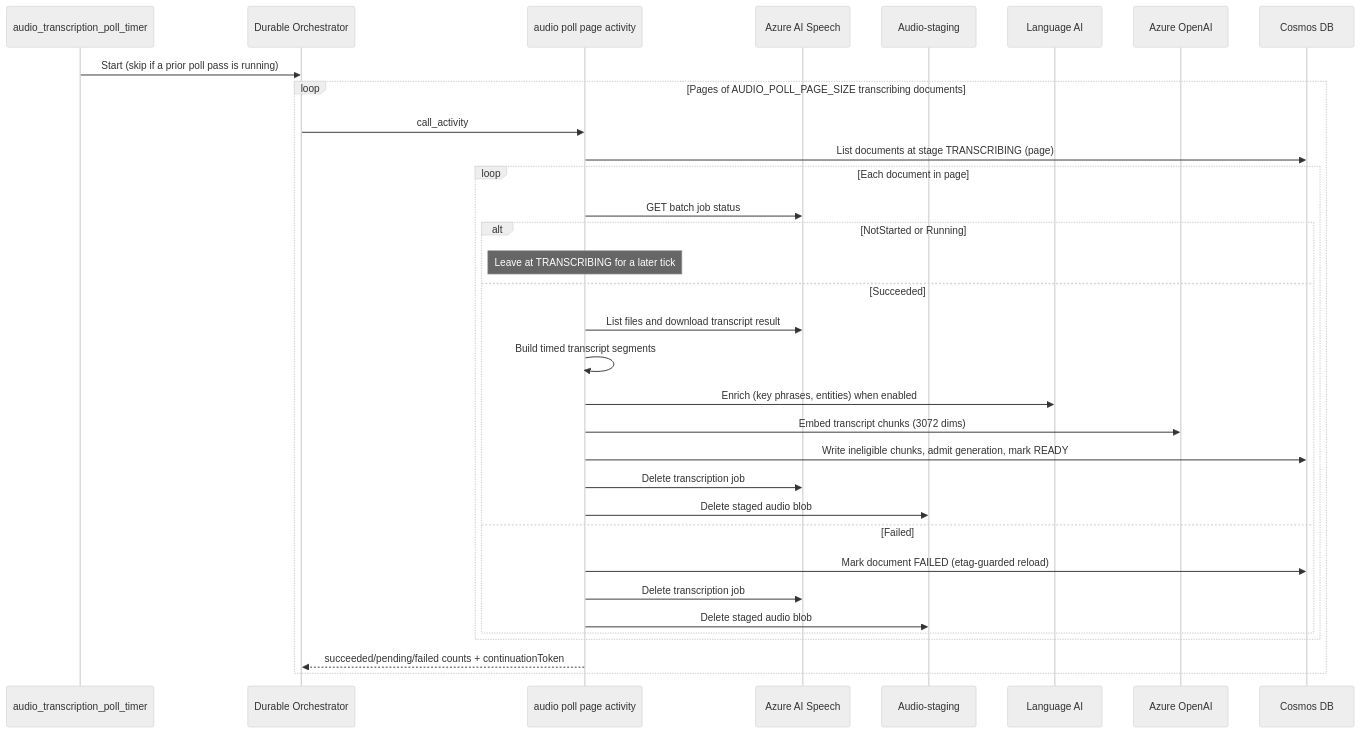
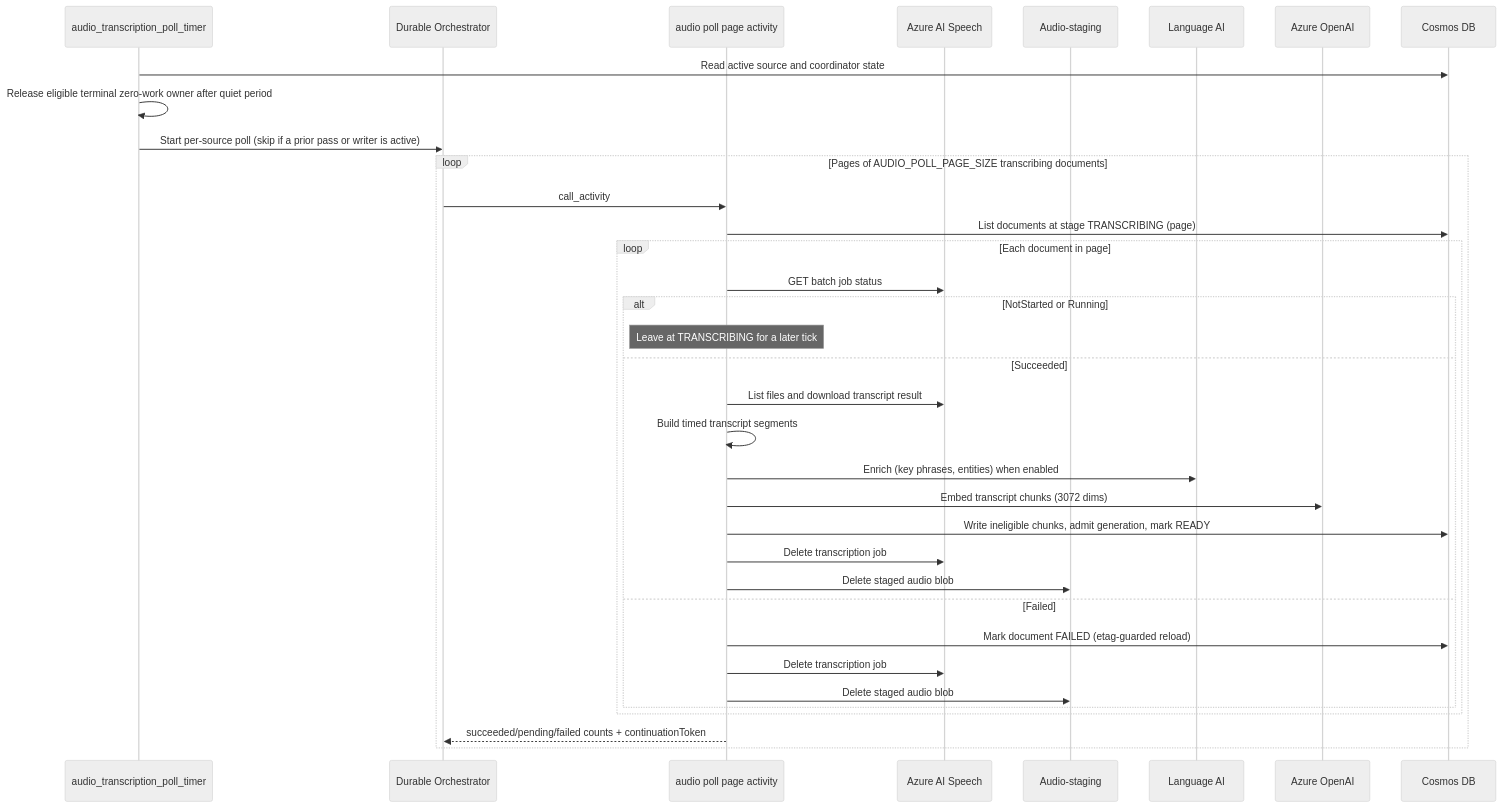
Before and after one commit to HariVamsiChittari1/enterprise-rag-pipeline: the fourth of 14 diagrams in docs/ARCHITECTURE.md, drawn with Mermaid (neutral theme). The commit also changed other lines of this file and 129 other files, not shown here.

````diff
--- a/docs/ARCHITECTURE.md
+++ b/docs/ARCHITECTURE.md
@@ -166,36 +242,38 @@
 ```mermaid
 sequenceDiagram
     participant Timer as audio_transcription_poll_timer
     participant Orch as Durable Orchestrator
     participant Act as audio poll page activity
     participant Speech as Azure AI Speech
     participant AudioStg as Audio-staging
     participant Lang as Language AI
     participant OAI as Azure OpenAI
     participant Cosmos as Cosmos DB
 
-    Timer->>Orch: Start (skip if a prior poll pass is running)
+    Timer->>Cosmos: Read active source and coordinator state
+    Timer->>Timer: Release eligible terminal zero-work owner after quiet period
+    Timer->>Orch: Start per-source poll (skip if a prior pass or writer is active)
     loop Pages of AUDIO_POLL_PAGE_SIZE transcribing documents
         Orch->>Act: call_activity
         Act->>Cosmos: List documents at stage TRANSCRIBING (page)
         loop Each document in page
             Act->>Speech: GET batch job status
             alt NotStarted or Running
                 Note over Act: Leave at TRANSCRIBING for a later tick
             else Succeeded
                 Act->>Speech: List files and download transcript result
                 Act->>Act: Build timed transcript segments
                 Act->>Lang: Enrich (key phrases, entities) when enabled
                 Act->>OAI: Embed transcript chunks (3072 dims)
                 Act->>Cosmos: Write ineligible chunks, admit generation, mark READY
                 Act->>Speech: Delete transcription job
                 Act->>AudioStg: Delete staged audio blob
             else Failed
                 Act->>Cosmos: Mark document FAILED (etag-guarded reload)
                 Act->>Speech: Delete transcription job
                 Act->>AudioStg: Delete staged audio blob
             end
         end
         Act-->>Orch: succeeded/pending/failed counts + continuationToken
     end
 ```
````
